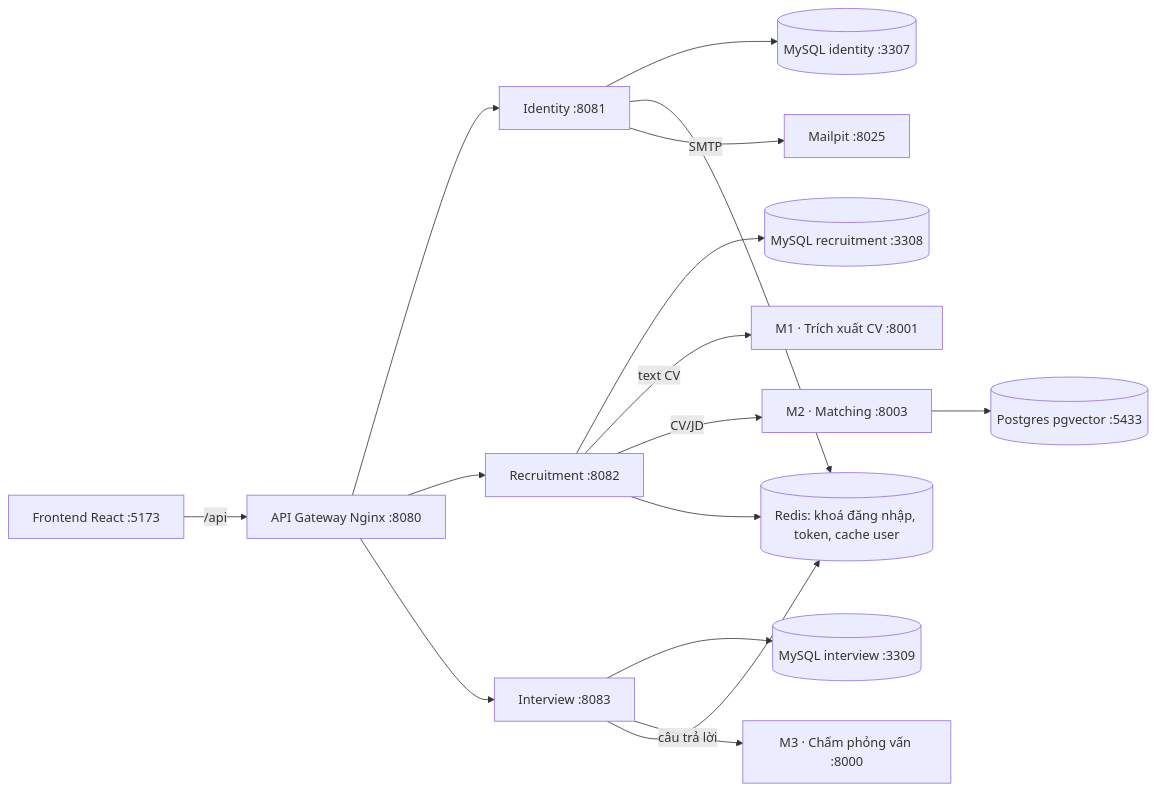
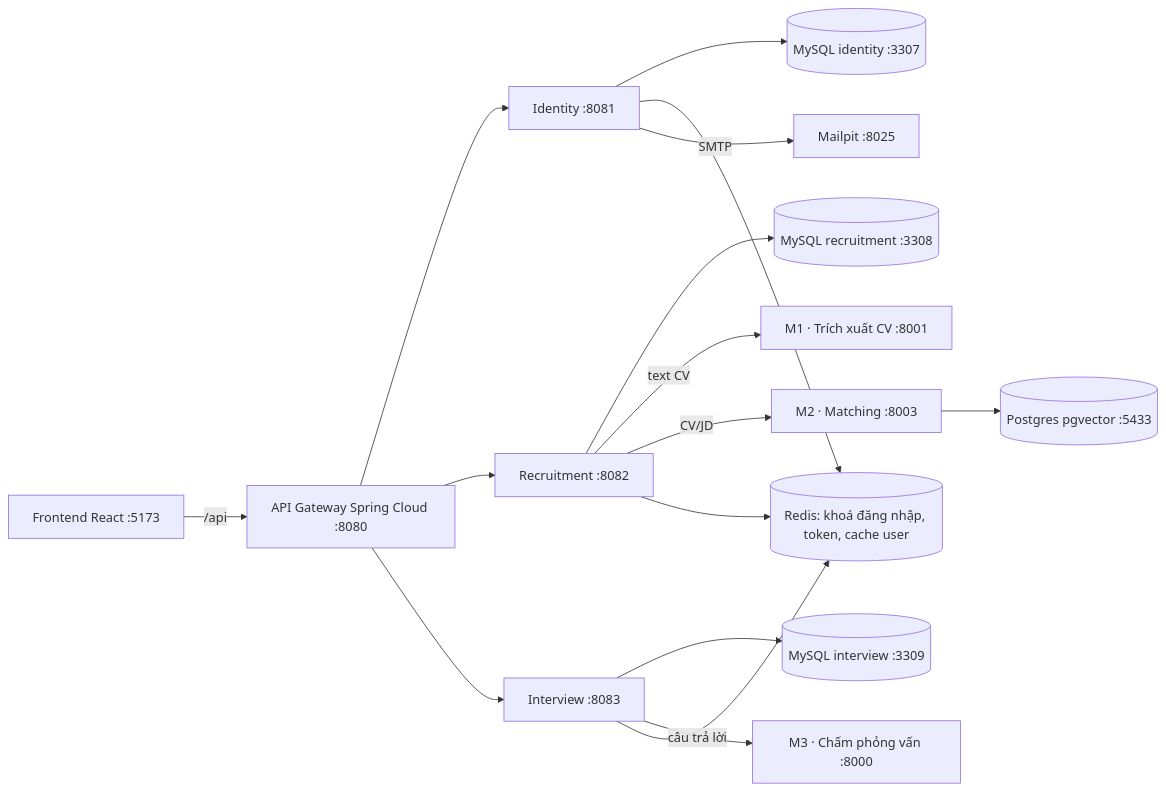
Before and after one commit to long20102004/recruit_system: the diagram in README.md, drawn with Mermaid. The commit also changed other lines of this file and 10 other files, not shown here.

First line of the commit message:
feat(gateway): replace Nginx with Spring Cloud Gateway module

````diff
--- a/README.md
+++ b/README.md
@@ -11,16 +11,16 @@
 ```mermaid
 flowchart LR
-    FE[Frontend React :5173] -->|/api| GW[API Gateway Nginx :8080]
+    FE[Frontend React :5173] -->|/api| GW[API Gateway Spring Cloud :8080]
     GW --> ID[Identity :8081]
     GW --> RC[Recruitment :8082]
     GW --> IV[Interview :8083]
     ID --> IDDB[(MySQL identity :3307)]
     RC --> RCDB[(MySQL recruitment :3308)]
     IV --> IVDB[(MySQL interview :3309)]
     RC -->|text CV| M1[M1 · Trích xuất CV :8001]
     RC -->|CV/JD| M2[M2 · Matching :8003]
     M2 --> M2DB[(Postgres pgvector :5433)]
     IV -->|câu trả lời| M3[M3 · Chấm phỏng vấn :8000]
     ID & RC & IV --> RD[(Redis: khoá đăng nhập, token, cache user)]
     ID -->|SMTP| MP[Mailpit :8025]
 ```
````
